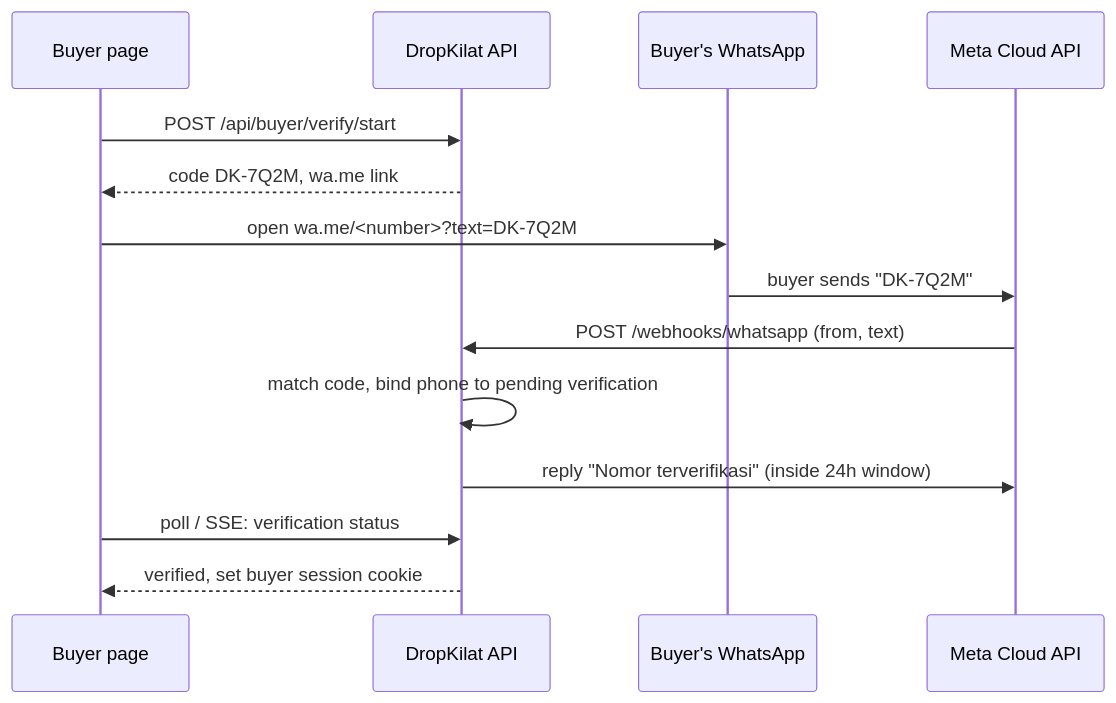
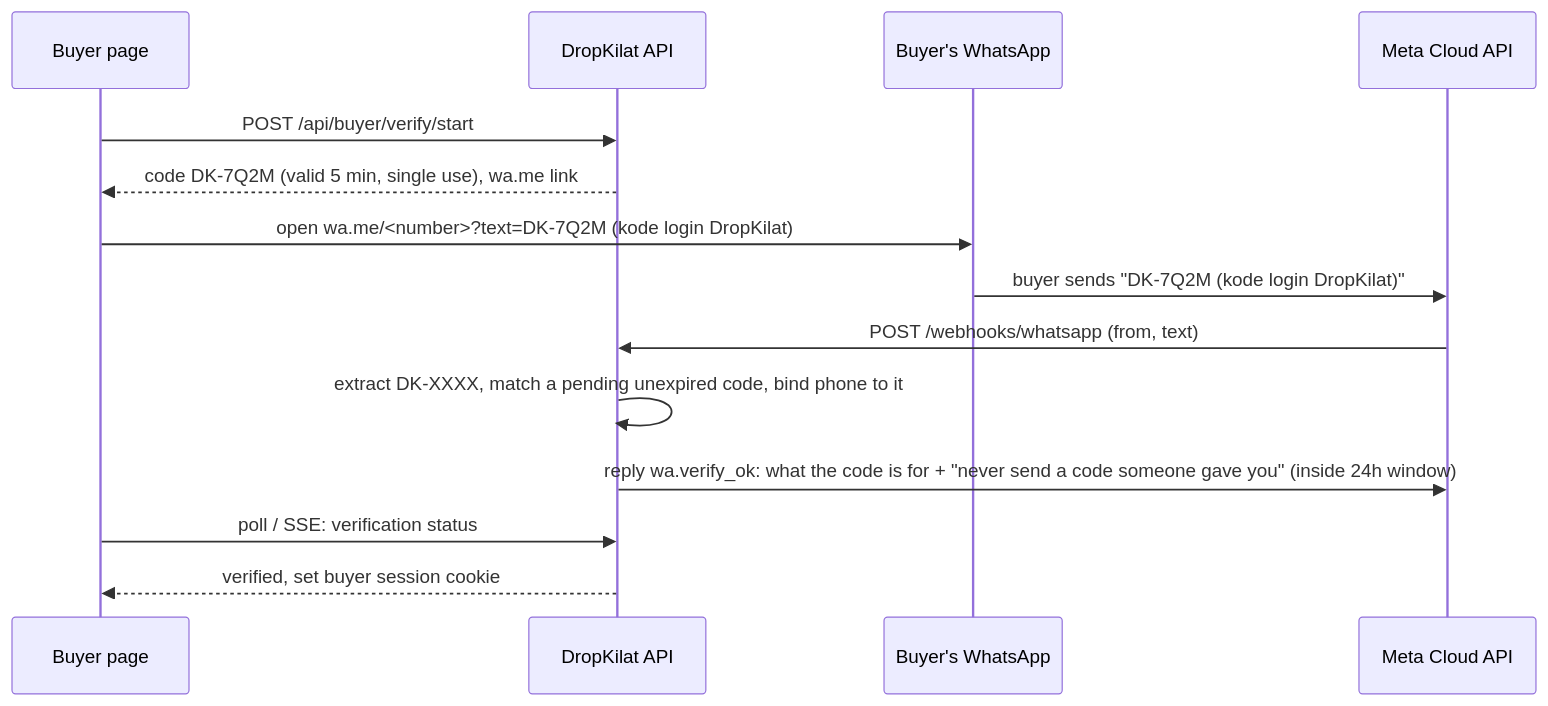
Before and after one commit to Nuryanfa/DropKilat: the third of 8 diagrams in docs/app-flow.md, drawn with Mermaid. The commit also changed other lines of this file and 24 other files, not shown here.

````diff
--- a/docs/app-flow.md
+++ b/docs/app-flow.md
@@ -45,16 +45,16 @@
 ```mermaid
 sequenceDiagram
   participant P as Buyer page
   participant A as DropKilat API
   participant WA as Buyer's WhatsApp
   participant M as Meta Cloud API
   P->>A: POST /api/buyer/verify/start
-  A-->>P: code DK-7Q2M, wa.me link
-  P->>WA: open wa.me/<number>?text=DK-7Q2M
-  WA->>M: buyer sends "DK-7Q2M"
+  A-->>P: code DK-7Q2M (valid 5 min, single use), wa.me link
+  P->>WA: open wa.me/<number>?text=DK-7Q2M (kode login DropKilat)
+  WA->>M: buyer sends "DK-7Q2M (kode login DropKilat)"
   M->>A: POST /webhooks/whatsapp (from, text)
-  A->>A: match code, bind phone to pending verification
-  A->>M: reply "Nomor terverifikasi" (inside 24h window)
+  A->>A: extract DK-XXXX, match a pending unexpired code, bind phone to it
+  A->>M: reply wa.verify_ok: what the code is for + "never send a code someone gave you" (inside 24h window)
   P->>A: poll / SSE: verification status
   A-->>P: verified, set buyer session cookie
 ```
````
